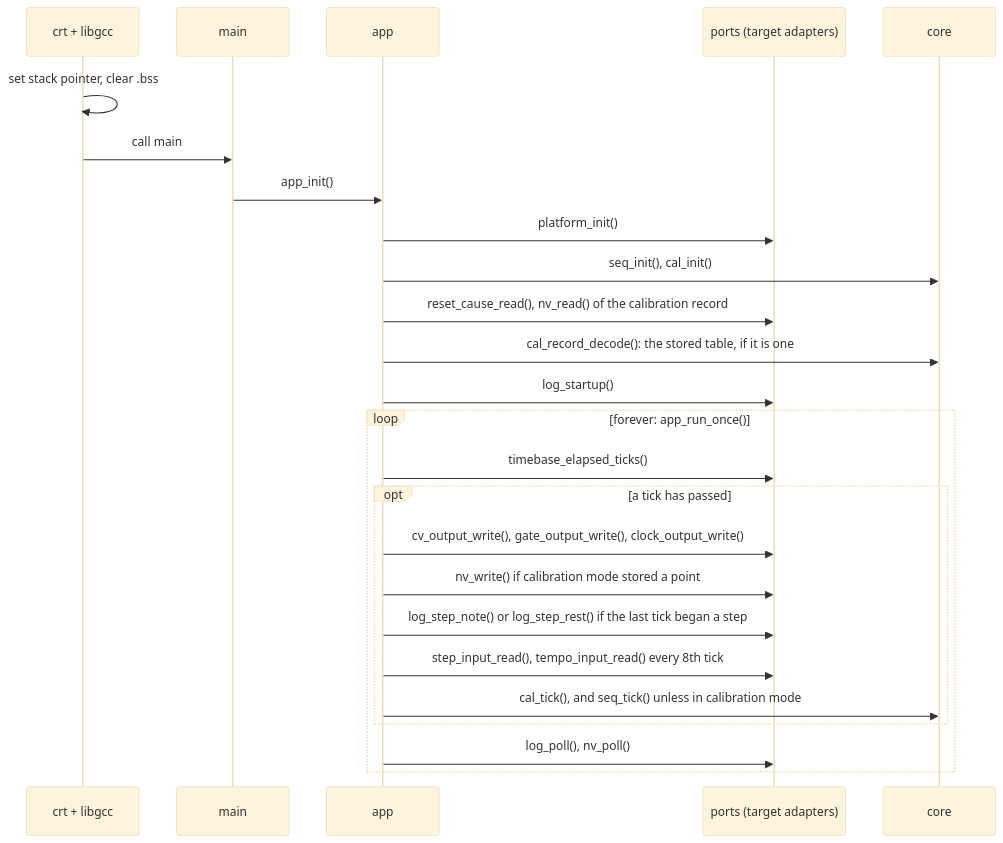
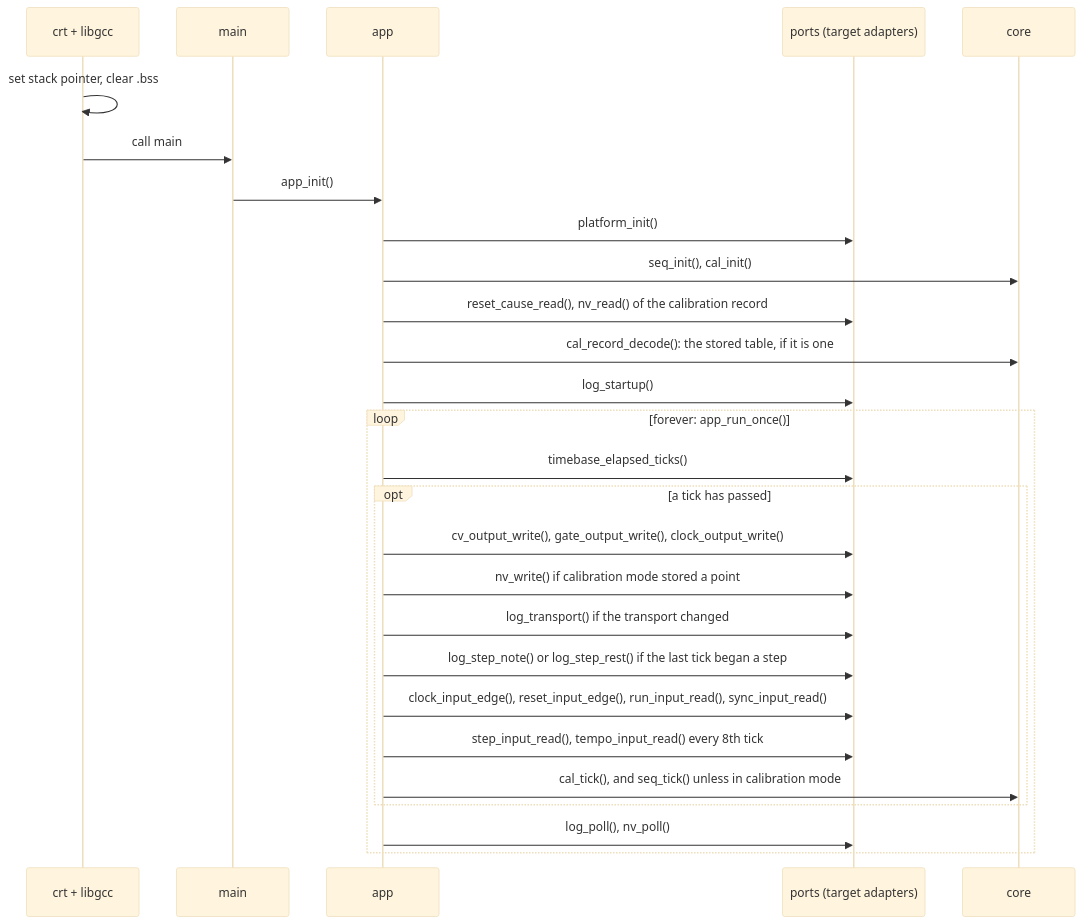
One commit to BonelessPig/nano_sequencer changed the third of 26 diagrams in docs/ARCHITECTURE.md. Above: the diagram before and after it, drawn with Mermaid (base theme). The commit also changed other lines of this file and 66 other files, not shown here.

First line of the commit message:
Phase 6: clock and reset inputs, a run button and a sync switch

````diff
--- a/docs/ARCHITECTURE.md
+++ b/docs/ARCHITECTURE.md
@@ -146,27 +159,29 @@
 ```mermaid
 sequenceDiagram
     participant CRT as crt + libgcc
     participant M as main
     participant A as app
     participant P as ports (target adapters)
     participant C as core
     CRT->>CRT: set stack pointer, clear .bss
     CRT->>M: call main
     M->>A: app_init()
     A->>P: platform_init()
     A->>C: seq_init(), cal_init()
     A->>P: reset_cause_read(), nv_read() of the calibration record
     A->>C: cal_record_decode(): the stored table, if it is one
     A->>P: log_startup()
     loop forever: app_run_once()
         A->>P: timebase_elapsed_ticks()
         opt a tick has passed
             A->>P: cv_output_write(), gate_output_write(), clock_output_write()
             A->>P: nv_write() if calibration mode stored a point
+            A->>P: log_transport() if the transport changed
             A->>P: log_step_note() or log_step_rest() if the last tick began a step
+            A->>P: clock_input_edge(), reset_input_edge(), run_input_read(), sync_input_read()
             A->>P: step_input_read(), tempo_input_read() every 8th tick
             A->>C: cal_tick(), and seq_tick() unless in calibration mode
         end
         A->>P: log_poll(), nv_poll()
     end
 ```
````
